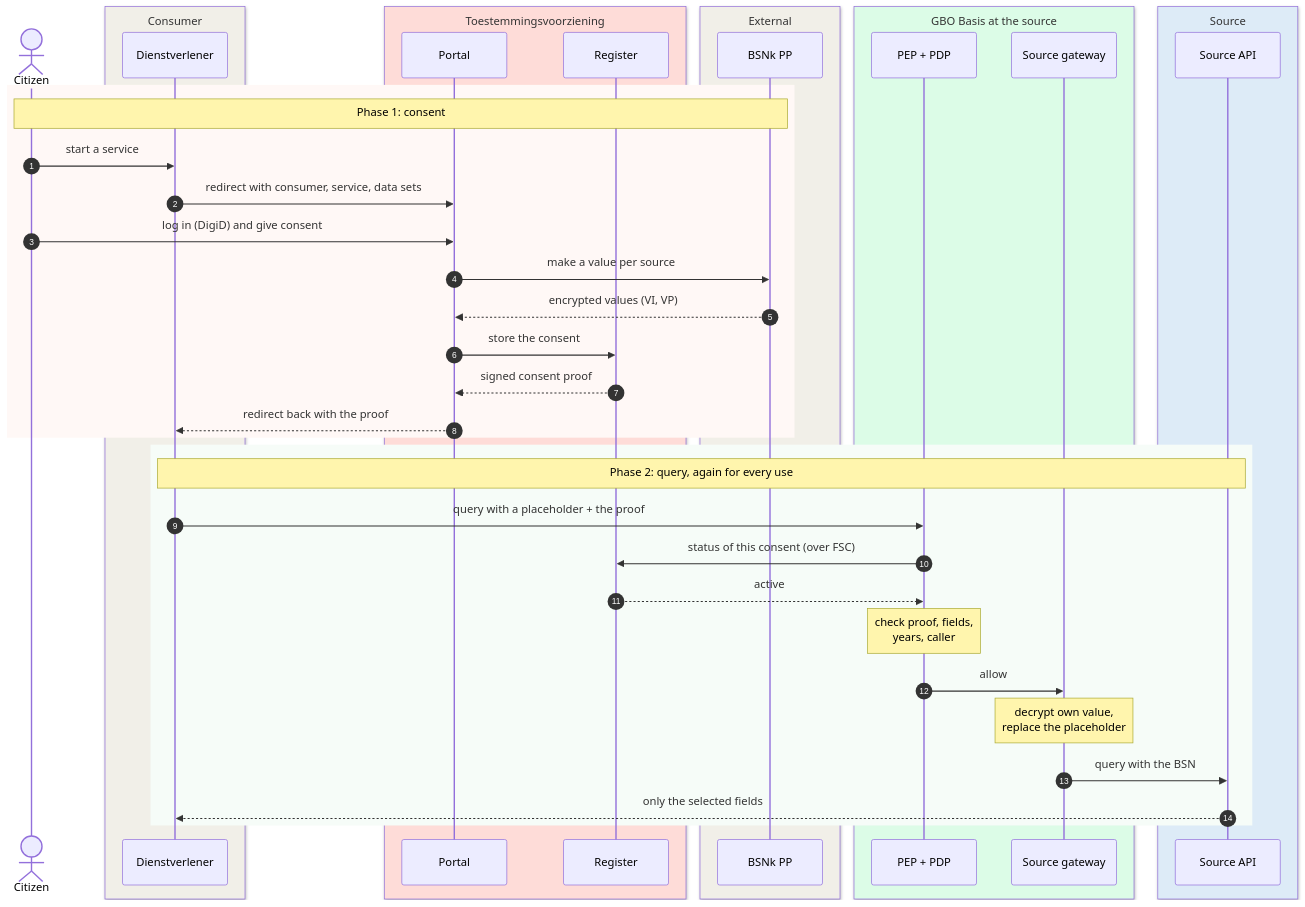
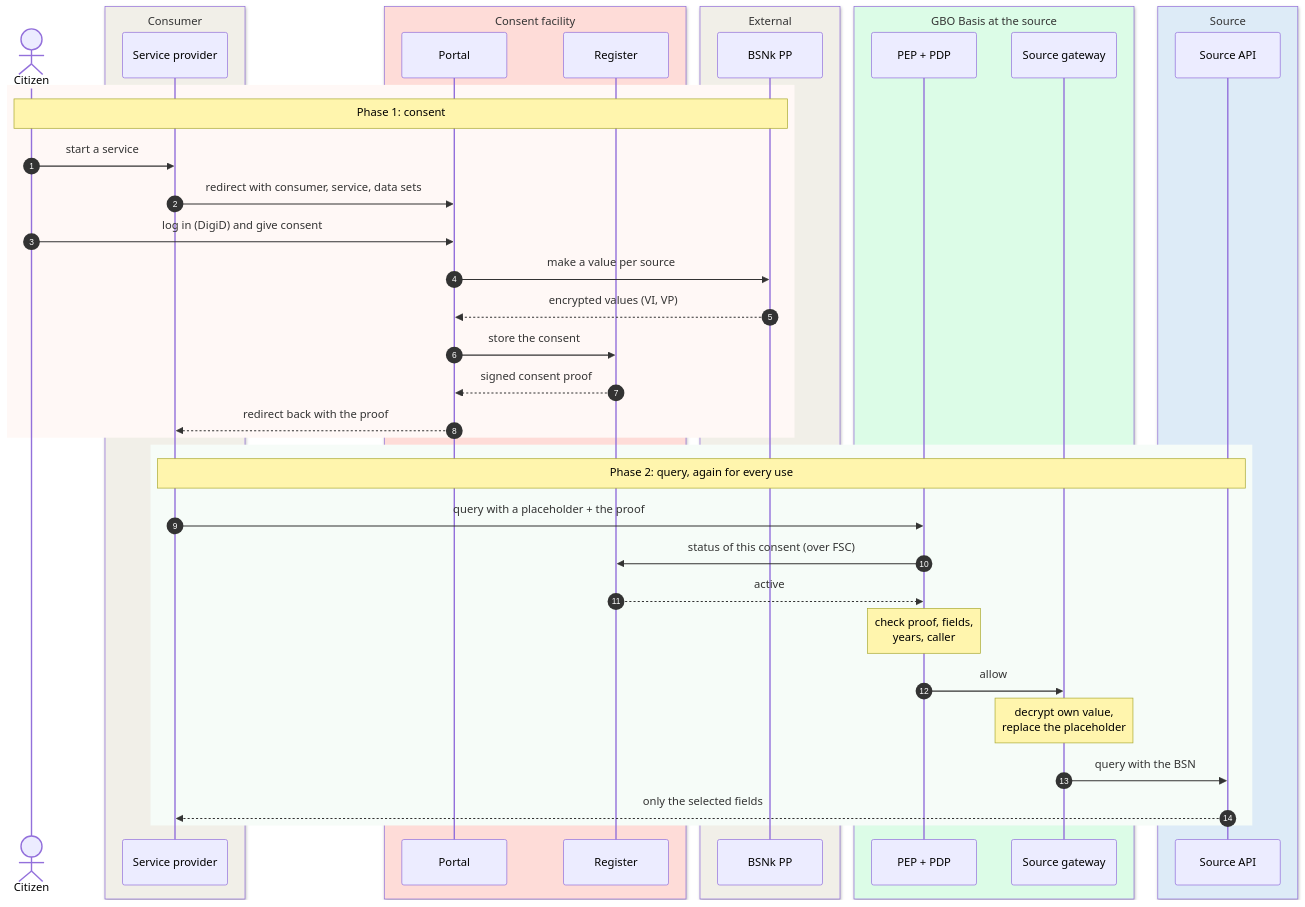
One commit to ICTU/GBO-TO changed the second of 3 diagrams in docs/building-blocks/dvtp/index.md. Above: the diagram before and after it, drawn with Mermaid. The commit also changed other lines of this file and 82 other files, not shown here.

````diff
--- a/docs/building-blocks/dvtp/index.md
+++ b/docs/building-blocks/dvtp/index.md
@@ -84,46 +84,46 @@
 ```mermaid
 sequenceDiagram
   autonumber
   actor B as Citizen
   box rgb(241,239,232) Consumer
-    participant DV as Dienstverlener
+    participant DV as Service provider
   end
-  box rgb(254,220,216) Toestemmingsvoorziening
+  box rgb(254,220,216) Consent facility
     participant P as Portal
     participant TR as Register
   end
   box rgb(241,239,232) External
     participant BK as BSNk PP
   end
   box rgb(220,252,231) GBO Basis at the source
     participant PDP as PEP + PDP
     participant GW as Source gateway
   end
   box rgb(221,235,247) Source
     participant S as Source API
   end
 
   rect rgb(255,248,246)
   Note over B,BK: Phase 1: consent
   B->>DV: start a service
   DV->>P: redirect with consumer, service, data sets
   B->>P: log in (DigiD) and give consent
   P->>BK: make a value per source
   BK-->>P: encrypted values (VI, VP)
   P->>TR: store the consent
   TR-->>P: signed consent proof
   P-->>DV: redirect back with the proof
   end
 
   rect rgb(246,252,248)
   Note over DV,S: Phase 2: query, again for every use
   DV->>PDP: query with a placeholder + the proof
   PDP->>TR: status of this consent (over FSC)
   TR-->>PDP: active
   Note over PDP: check proof, fields,<br/>years, caller
   PDP->>GW: allow
   Note over GW: decrypt own value,<br/>replace the placeholder
   GW->>S: query with the BSN
   S-->>DV: only the selected fields
   end
 ```
````
